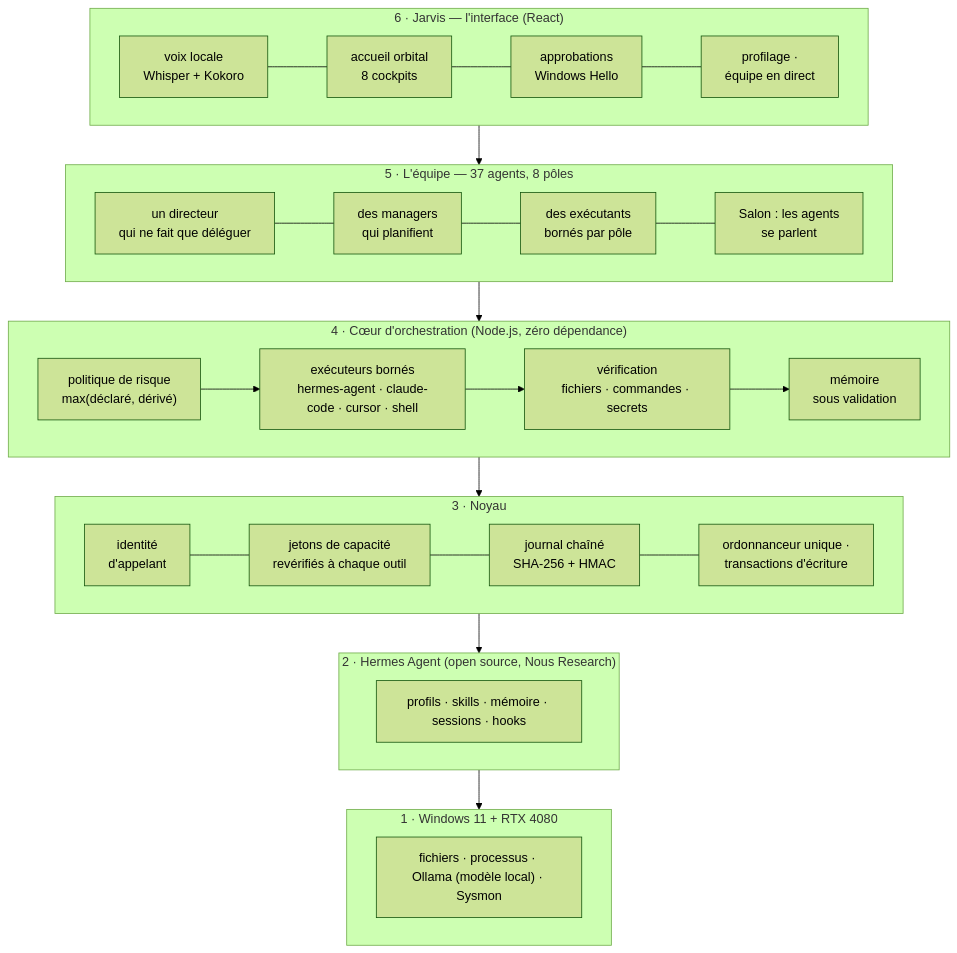
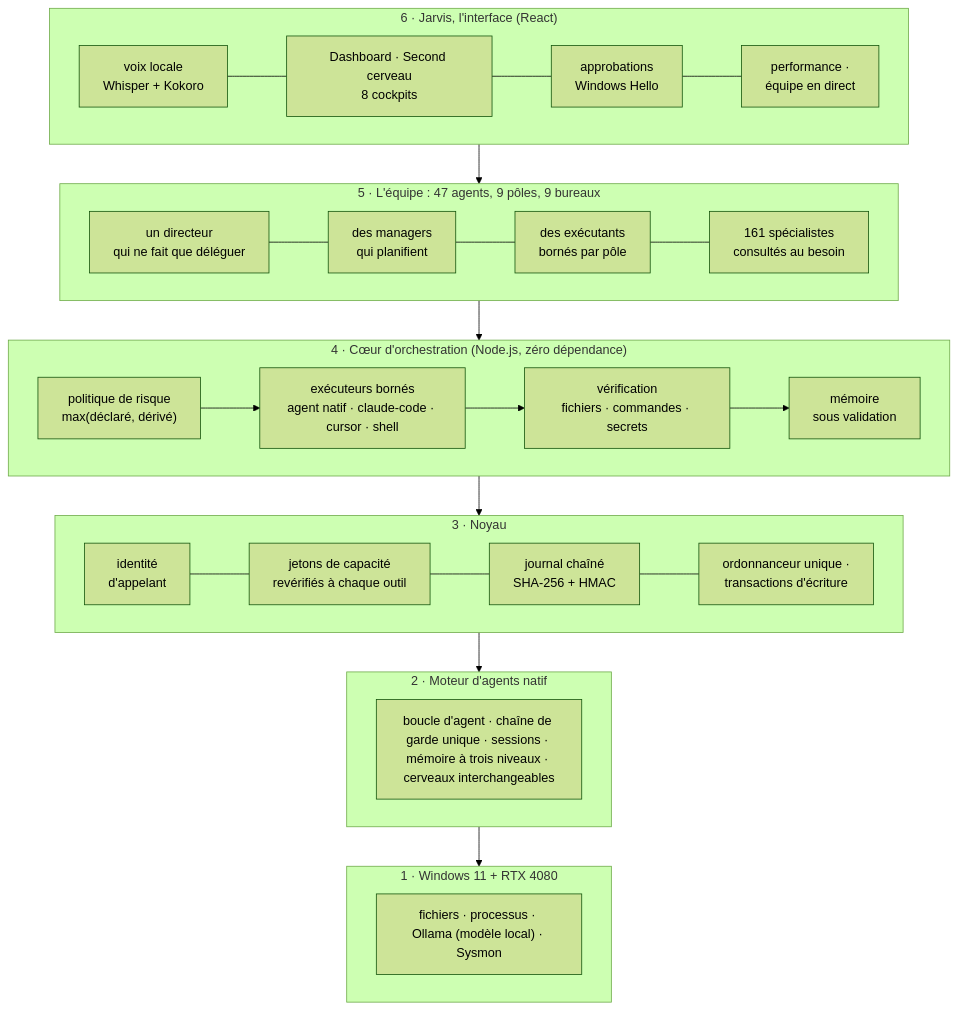
One commit to Dow08/OS-Agentique_showcase changed the second of 3 diagrams in README.fr.md. Above: the diagram before and after it, drawn with Mermaid (forest theme). The commit also changed other lines of this file and 50 other files, not shown here.

First line of the commit message:
Refonte de la présentation : moteur natif, Dashboard et état du projet au 4 novembre

````diff
--- a/README.fr.md
+++ b/README.fr.md
@@ -77,26 +80,26 @@
 ```mermaid
 flowchart TB
-    subgraph L6["6 · Jarvis — l'interface (React)"]
+    subgraph L6["6 · Jarvis, l'interface (React)"]
         direction LR
-        J1["voix locale<br/>Whisper + Kokoro"] --- J2["accueil orbital<br/>8 cockpits"] --- J3["approbations<br/>Windows Hello"] --- J4["profilage ·<br/>équipe en direct"]
+        J1["voix locale<br/>Whisper + Kokoro"] --- J2["Dashboard · Second cerveau<br/>8 cockpits"] --- J3["approbations<br/>Windows Hello"] --- J4["performance ·<br/>équipe en direct"]
     end
-    subgraph L5["5 · L'équipe — 37 agents, 8 pôles"]
+    subgraph L5["5 · L'équipe : 47 agents, 9 pôles, 9 bureaux"]
         direction LR
-        T1["un directeur<br/>qui ne fait que déléguer"] --- T2["des managers<br/>qui planifient"] --- T3["des exécutants<br/>bornés par pôle"] --- T4["Salon : les agents<br/>se parlent"]
+        T1["un directeur<br/>qui ne fait que déléguer"] --- T2["des managers<br/>qui planifient"] --- T3["des exécutants<br/>bornés par pôle"] --- T4["161 spécialistes<br/>consultés au besoin"]
     end
     subgraph L4["4 · Cœur d'orchestration (Node.js, zéro dépendance)"]
         direction LR
-        C1["politique de risque<br/>max(déclaré, dérivé)"] --> C2["exécuteurs bornés<br/>hermes-agent · claude-code · cursor · shell"] --> C3["vérification<br/>fichiers · commandes · secrets"] --> C4["mémoire<br/>sous validation"]
+        C1["politique de risque<br/>max(déclaré, dérivé)"] --> C2["exécuteurs bornés<br/>agent natif · claude-code · cursor · shell"] --> C3["vérification<br/>fichiers · commandes · secrets"] --> C4["mémoire<br/>sous validation"]
     end
     subgraph L3["3 · Noyau"]
         direction LR
         K1["identité<br/>d'appelant"] --- K2["jetons de capacité<br/>revérifiés à chaque outil"] --- K3["journal chaîné<br/>SHA-256 + HMAC"] --- K4["ordonnanceur unique ·<br/>transactions d'écriture"]
     end
-    subgraph L2["2 · Hermes Agent (open source, Nous Research)"]
-        E["profils · skills · mémoire · sessions · hooks"]
+    subgraph L2["2 · Moteur d'agents natif"]
+        E["boucle d'agent · chaîne de garde unique · sessions · mémoire à trois niveaux · cerveaux interchangeables"]
     end
     subgraph L1["1 · Windows 11 + RTX 4080"]
         W["fichiers · processus · Ollama (modèle local) · Sysmon"]
     end
     L6 --> L5 --> L4 --> L3 --> L2 --> L1
 ```
````
